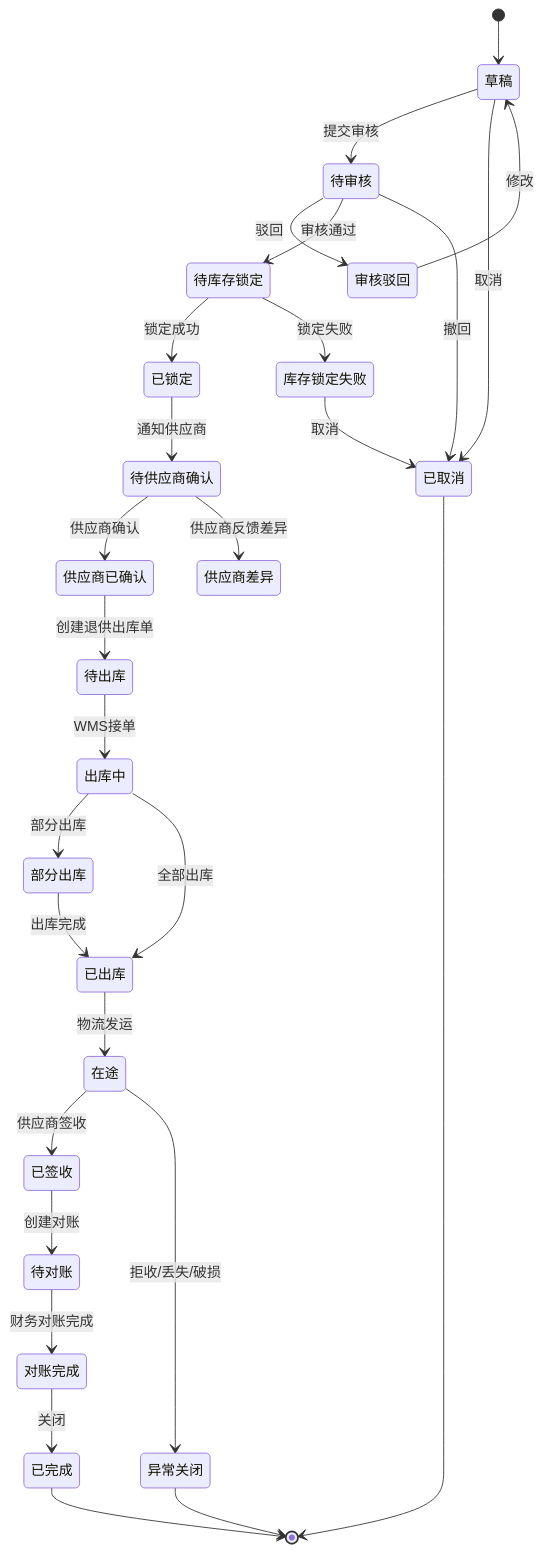
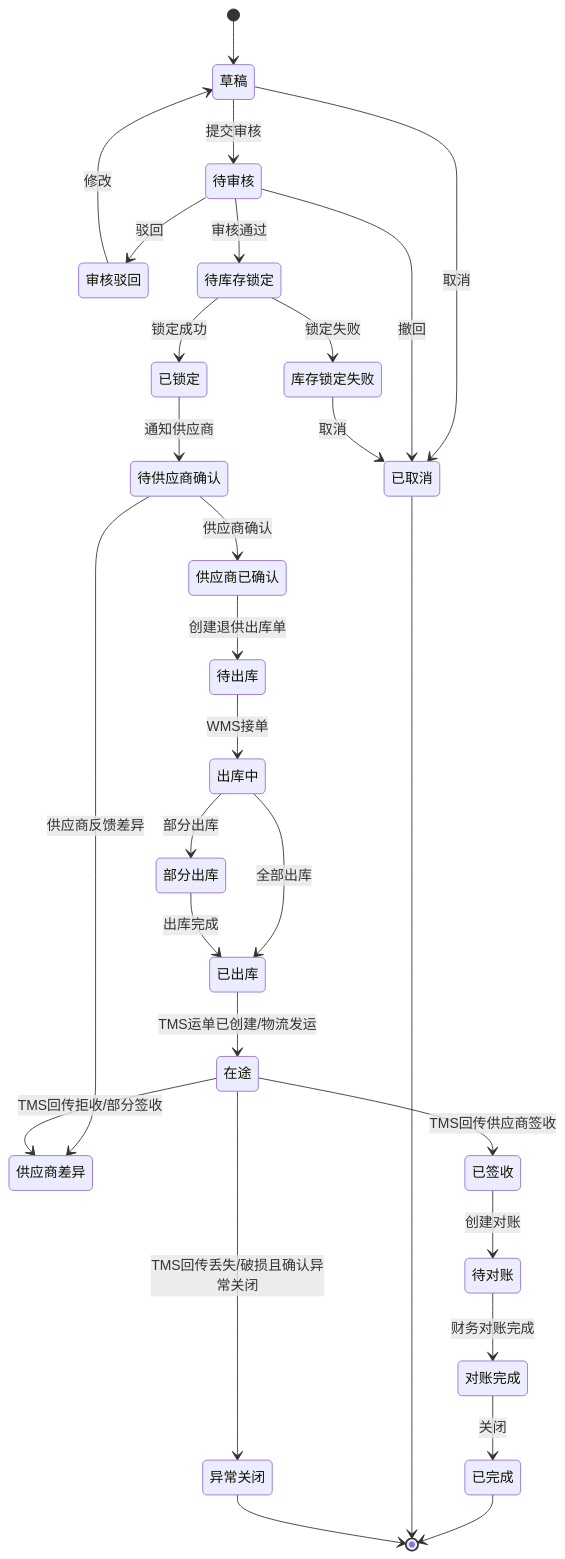
One commit to chao1927/scm changed the fifth of 5 diagrams in docs/03-核心业务模型/01-供应商领域模型/01-供应商领域模型.md. Above: the diagram before and after it, drawn with Mermaid. The commit also changed other lines of this file and 118 other files, not shown here.

````diff
--- a/docs/03-核心业务模型/01-供应商领域模型/01-供应商领域模型.md
+++ b/docs/03-核心业务模型/01-供应商领域模型/01-供应商领域模型.md
@@ -478,30 +483,31 @@
 ```mermaid
 stateDiagram-v2
   [*] --> 草稿
   草稿 --> 待审核: 提交审核
   待审核 --> 审核驳回: 驳回
   审核驳回 --> 草稿: 修改
   待审核 --> 待库存锁定: 审核通过
   待库存锁定 --> 已锁定: 锁定成功
   待库存锁定 --> 库存锁定失败: 锁定失败
   已锁定 --> 待供应商确认: 通知供应商
   待供应商确认 --> 供应商已确认: 供应商确认
   待供应商确认 --> 供应商差异: 供应商反馈差异
   供应商已确认 --> 待出库: 创建退供出库单
   待出库 --> 出库中: WMS接单
   出库中 --> 部分出库: 部分出库
   出库中 --> 已出库: 全部出库
   部分出库 --> 已出库: 出库完成
-  已出库 --> 在途: 物流发运
-  在途 --> 已签收: 供应商签收
-  在途 --> 异常关闭: 拒收/丢失/破损
+  已出库 --> 在途: TMS运单已创建/物流发运
+  在途 --> 已签收: TMS回传供应商签收
+  在途 --> 供应商差异: TMS回传拒收/部分签收
+  在途 --> 异常关闭: TMS回传丢失/破损且确认异常关闭
   已签收 --> 待对账: 创建对账
   待对账 --> 对账完成: 财务对账完成
   对账完成 --> 已完成: 关闭
   草稿 --> 已取消: 取消
   待审核 --> 已取消: 撤回
   库存锁定失败 --> 已取消: 取消
   已完成 --> [*]
   已取消 --> [*]
   异常关闭 --> [*]
 ```
````
